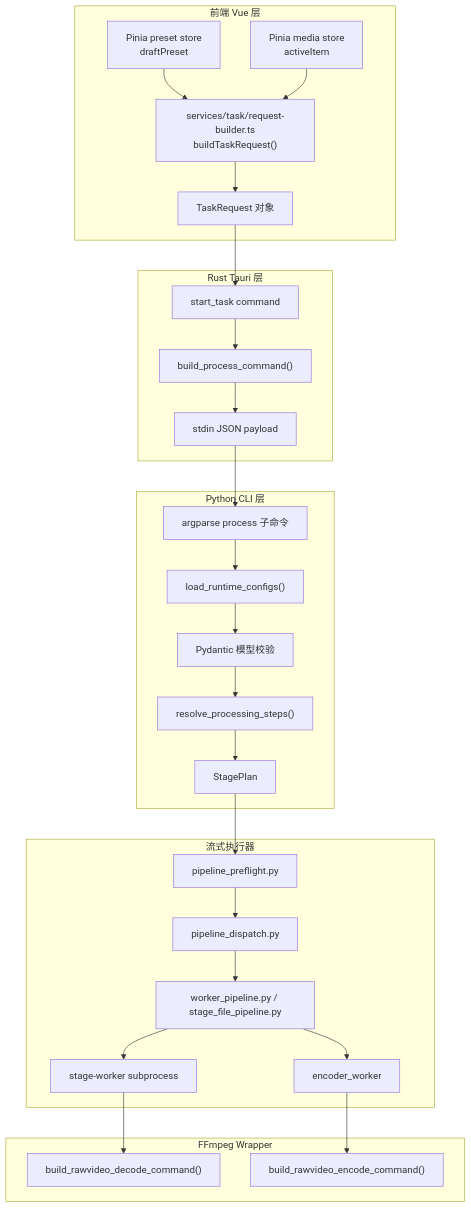
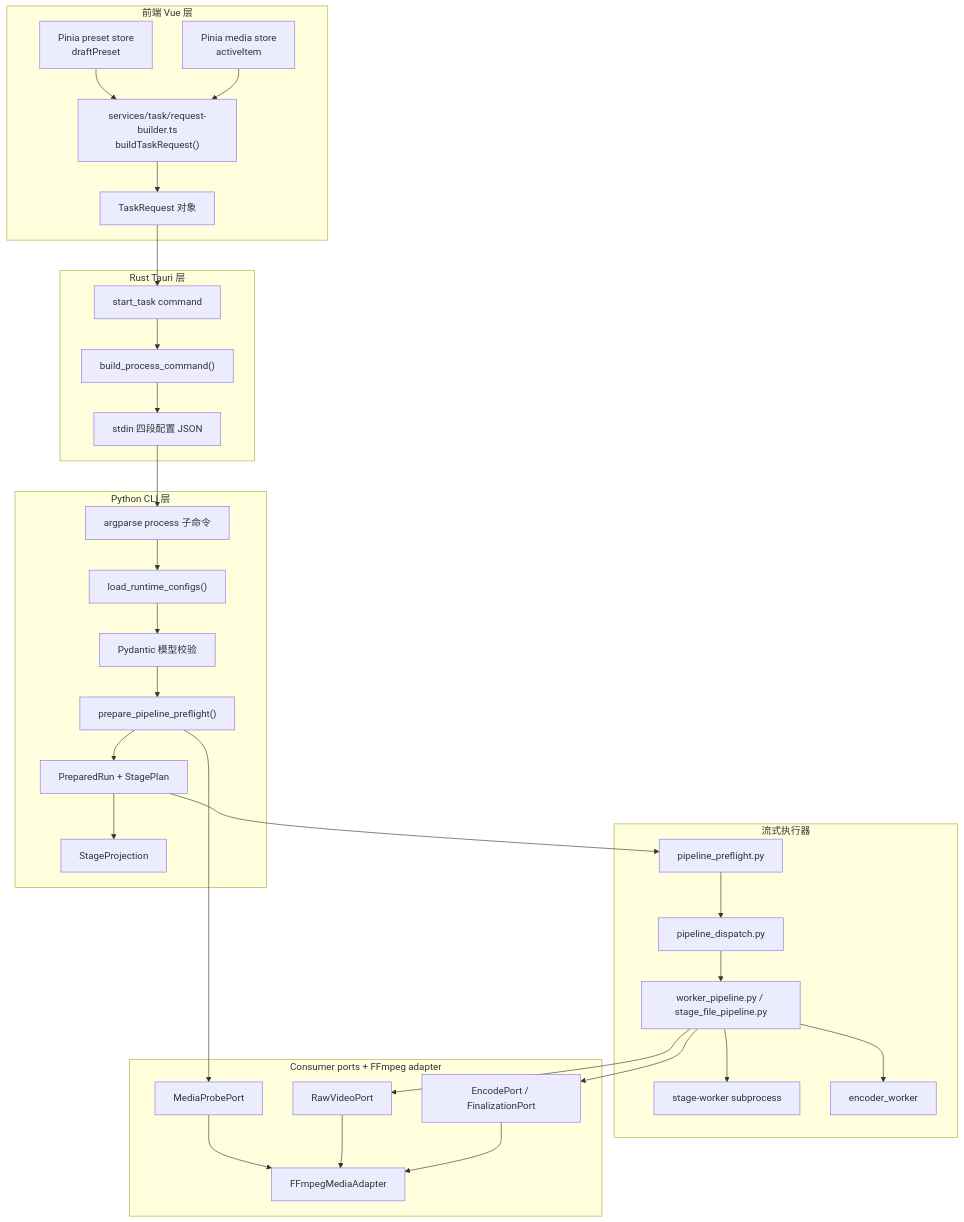
One commit to youge325/vp changed the first of 4 diagrams in docs/06-data-flow.md. Above: the diagram before and after it, drawn with Mermaid. The commit also changed other lines of this file and 14 other files, not shown here.

````diff
--- a/docs/06-data-flow.md
+++ b/docs/06-data-flow.md
@@ -7,55 +7,63 @@
 ```mermaid
 graph TD
     subgraph FE["前端 Vue 层"]
         F1["Pinia preset store<br/>draftPreset"]
         F2["Pinia media store<br/>activeItem"]
         F3["services/task/request-builder.ts<br/>buildTaskRequest()"]
         F4["TaskRequest 对象"]
     end
 
     subgraph RS["Rust Tauri 层"]
         R1["start_task command"]
         R2["build_process_command()"]
-        R3["stdin JSON payload"]
+        R3["stdin 四段配置 JSON"]
     end
 
     subgraph PY["Python CLI 层"]
         P1["argparse process 子命令"]
         P2["load_runtime_configs()"]
         P3["Pydantic 模型校验"]
-        P4["resolve_processing_steps()"]
-        P5["StagePlan"]
+        P4["prepare_pipeline_preflight()"]
+        P5["PreparedRun + StagePlan"]
+        P6["StageProjection"]
     end
 
     subgraph EX["流式执行器"]
         E1["pipeline_preflight.py"]
         E2["pipeline_dispatch.py"]
         E3["worker_pipeline.py / stage_file_pipeline.py"]
         E4["stage-worker subprocess"]
         E5["encoder_worker"]
     end
 
-    subgraph FF["FFmpeg Wrapper"]
-        FFD["build_rawvideo_decode_command()"]
-        FFE["build_rawvideo_encode_command()"]
+    subgraph FF["Consumer ports + FFmpeg adapter"]
+        FFP["MediaProbePort"]
+        FFR["RawVideoPort"]
+        FFE["EncodePort / FinalizationPort"]
+        FFA["FFmpegMediaAdapter"]
     end
 
     F1 --> F3
     F2 --> F3
     F3 --> F4
     F4 --> R1
     R1 --> R2
     R2 --> R3
     R3 --> P1
     P1 --> P2
     P2 --> P3
     P3 --> P4
     P4 --> P5
+    P5 --> P6
     P5 --> E1
     E1 --> E2
     E2 --> E3
     E3 --> E4
     E3 --> E5
-    E4 --> FFD
-    E5 --> FFE
+    P4 --> FFP
+    E3 --> FFR
+    E3 --> FFE
+    FFP --> FFA
+    FFR --> FFA
+    FFE --> FFA
 ```
````
